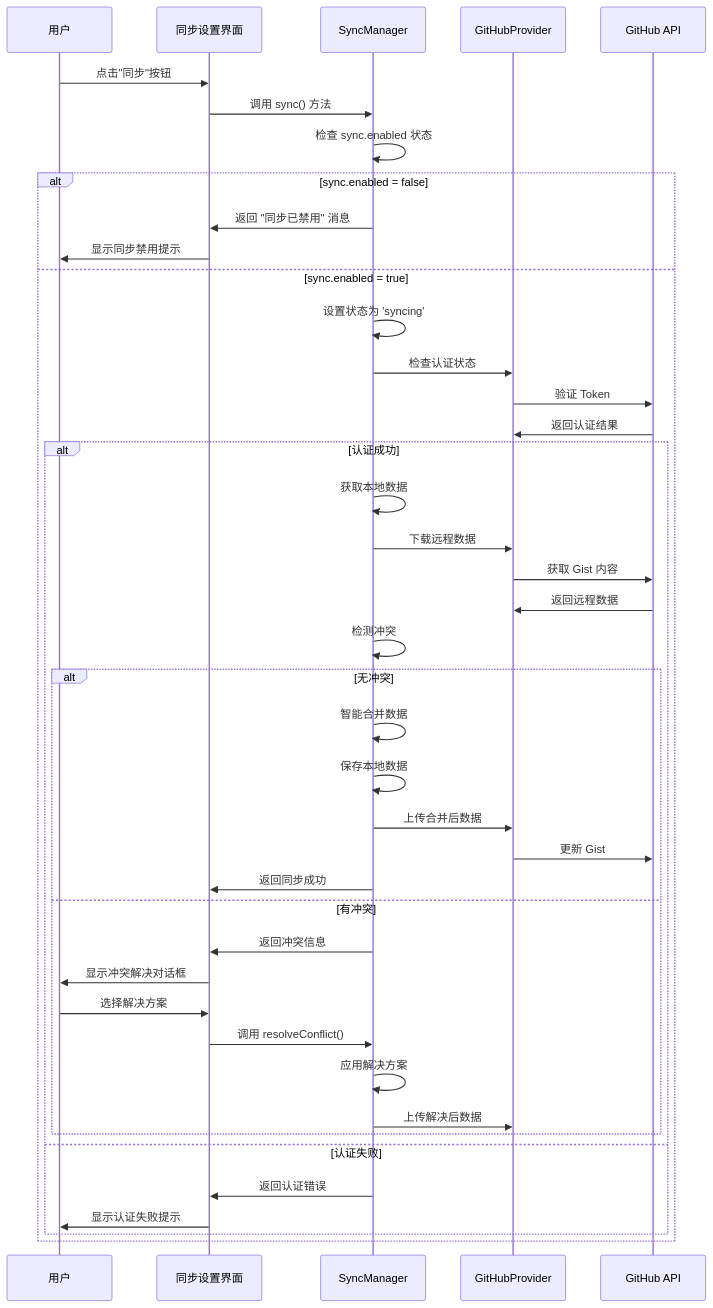
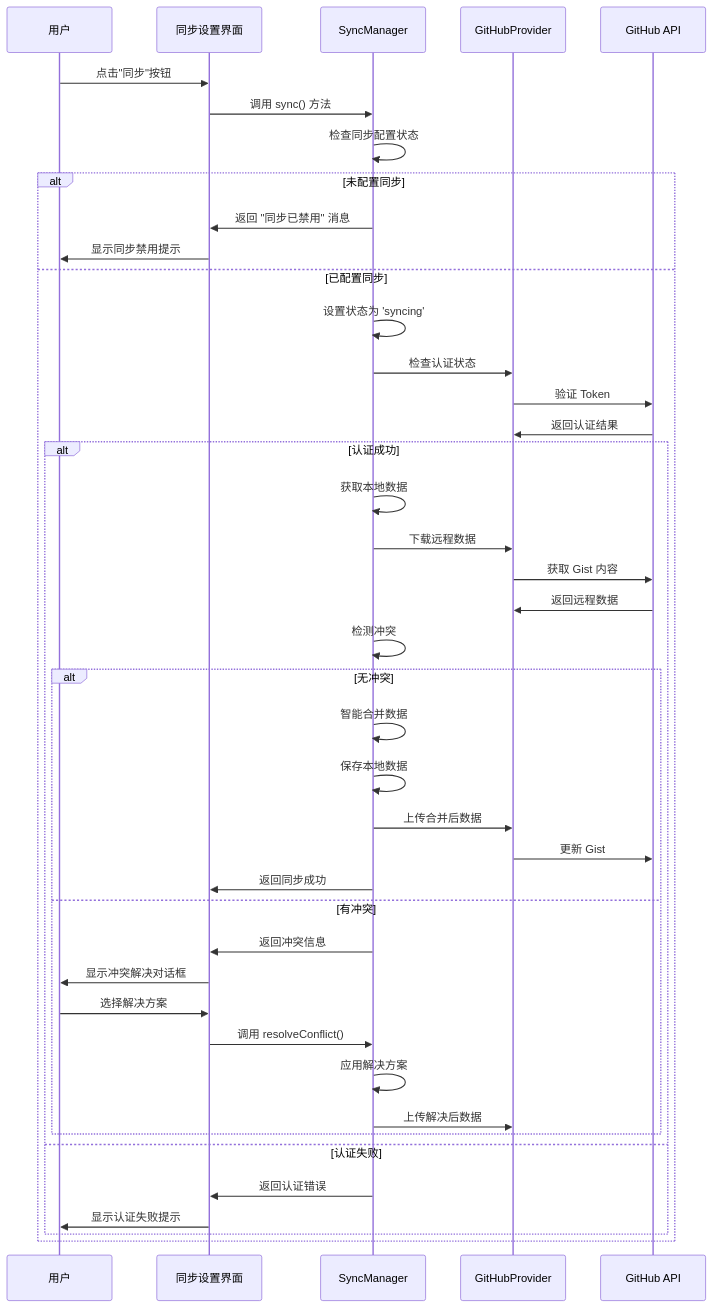
Before and after one commit to namehu/UniTab: the seventh of 12 diagrams in UniTab_流程链路图.md, drawn with Mermaid. The commit also changed other lines of this file and 4 other files, not shown here.

````diff
--- a/UniTab_流程链路图.md
+++ b/UniTab_流程链路图.md
@@ -190,48 +190,48 @@
 ```mermaid
 sequenceDiagram
     participant U as 用户
     participant UI as 同步设置界面
     participant SM as SyncManager
     participant GP as GitHubProvider
     participant API as GitHub API
     
     U->>UI: 点击"同步"按钮
     UI->>SM: 调用 sync() 方法
-    SM->>SM: 检查 sync.enabled 状态
+    SM->>SM: 检查同步配置状态
     
-    alt sync.enabled = false
+    alt 未配置同步
         SM->>UI: 返回 "同步已禁用" 消息
         UI->>U: 显示同步禁用提示
-    else sync.enabled = true
+    else 已配置同步
         SM->>SM: 设置状态为 'syncing'
         SM->>GP: 检查认证状态
         GP->>API: 验证 Token
         API->>GP: 返回认证结果
         
         alt 认证成功
             SM->>SM: 获取本地数据
             SM->>GP: 下载远程数据
             GP->>API: 获取 Gist 内容
             API->>GP: 返回远程数据
             
             SM->>SM: 检测冲突
             alt 无冲突
                 SM->>SM: 智能合并数据
                 SM->>SM: 保存本地数据
                 SM->>GP: 上传合并后数据
                 GP->>API: 更新 Gist
                 SM->>UI: 返回同步成功
             else 有冲突
                 SM->>UI: 返回冲突信息
                 UI->>U: 显示冲突解决对话框
                 U->>UI: 选择解决方案
                 UI->>SM: 调用 resolveConflict()
                 SM->>SM: 应用解决方案
                 SM->>GP: 上传解决后数据
             end
         else 认证失败
             SM->>UI: 返回认证错误
             UI->>U: 显示认证失败提示
         end
     end
 ```
````
